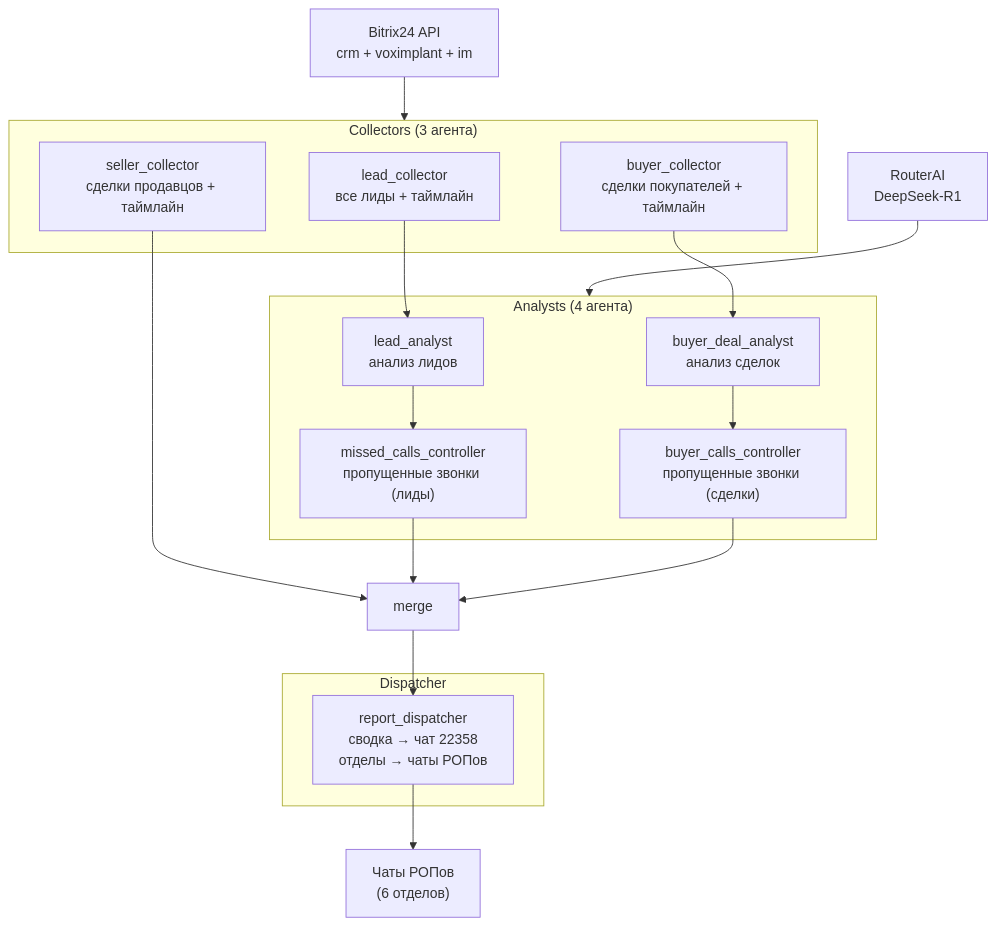
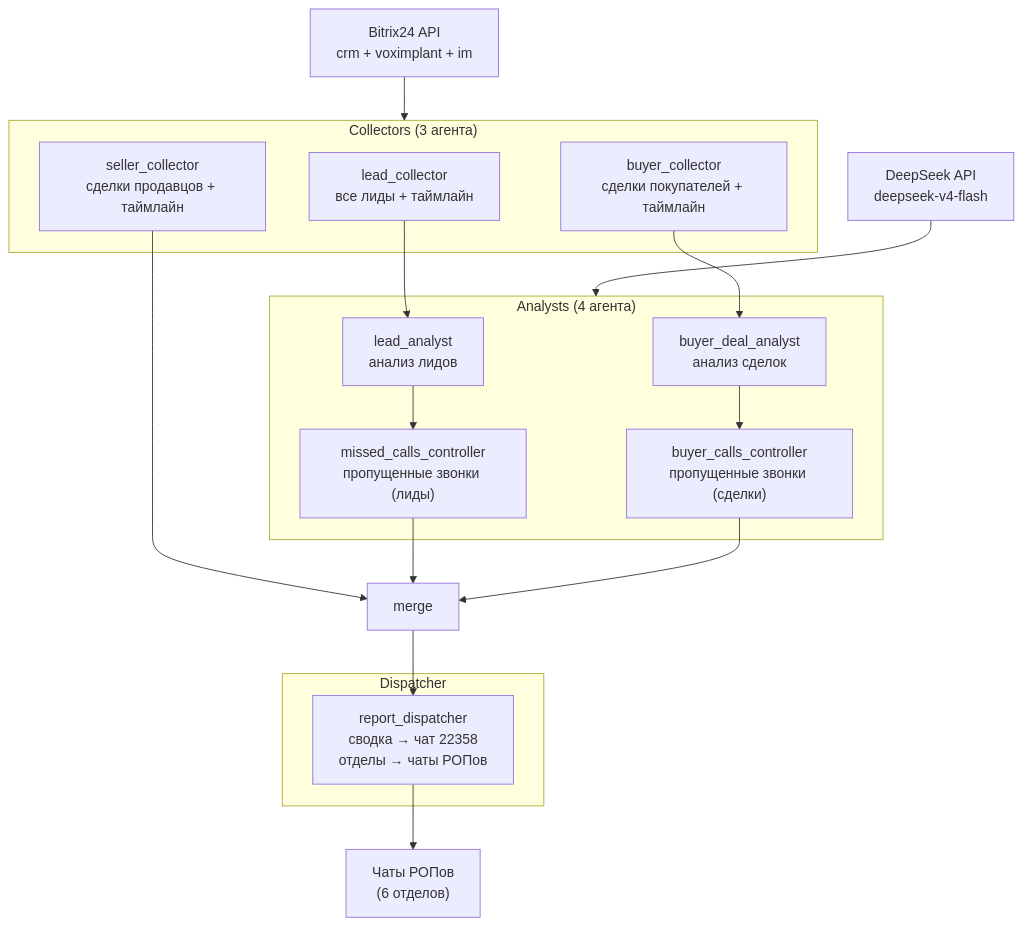
One commit to Usachev-Real-Estate/AI_agents_Bitrix24 changed the diagram in README.md. Above: the diagram before and after it, drawn with Mermaid. The commit also changed other lines of this file and 59 other files, not shown here.

````diff
--- a/README.md
+++ b/README.md
@@ -9,30 +9,30 @@
 ```mermaid
 flowchart TB
     subgraph Collectors["Collectors (3 агента)"]
         LC["lead_collector\nвсе лиды + таймлайн"]
         BC["buyer_collector\nсделки покупателей + таймлайн"]
         SC["seller_collector\nсделки продавцов + таймлайн"]
     end
 
     subgraph Analysts["Analysts (4 агента)"]
         LA["lead_analyst\nанализ лидов"]
         BDA["buyer_deal_analyst\nанализ сделок"]
         BCC["buyer_calls_controller\nпропущенные звонки (сделки)"]
         MCC["missed_calls_controller\nпропущенные звонки (лиды)"]
     end
 
     subgraph Output["Dispatcher"]
         RD["report_dispatcher\nсводка → чат 22358\nотделы → чаты РОПов"]
     end
 
     LC --> LA --> MCC
     BC --> BDA --> BCC
     SC --> MERGE["merge"]
     MCC --> MERGE
     BCC --> MERGE
     MERGE --> RD
 
     B24["Bitrix24 API\ncrm + voximplant + im"] --> Collectors
-    RA["RouterAI\nDeepSeek-R1"] --> Analysts
+    DS["DeepSeek API\ndeepseek-v4-flash"] --> Analysts
     RD --> CHATS["Чаты РОПов\n(6 отделов)"]
 ```
````
